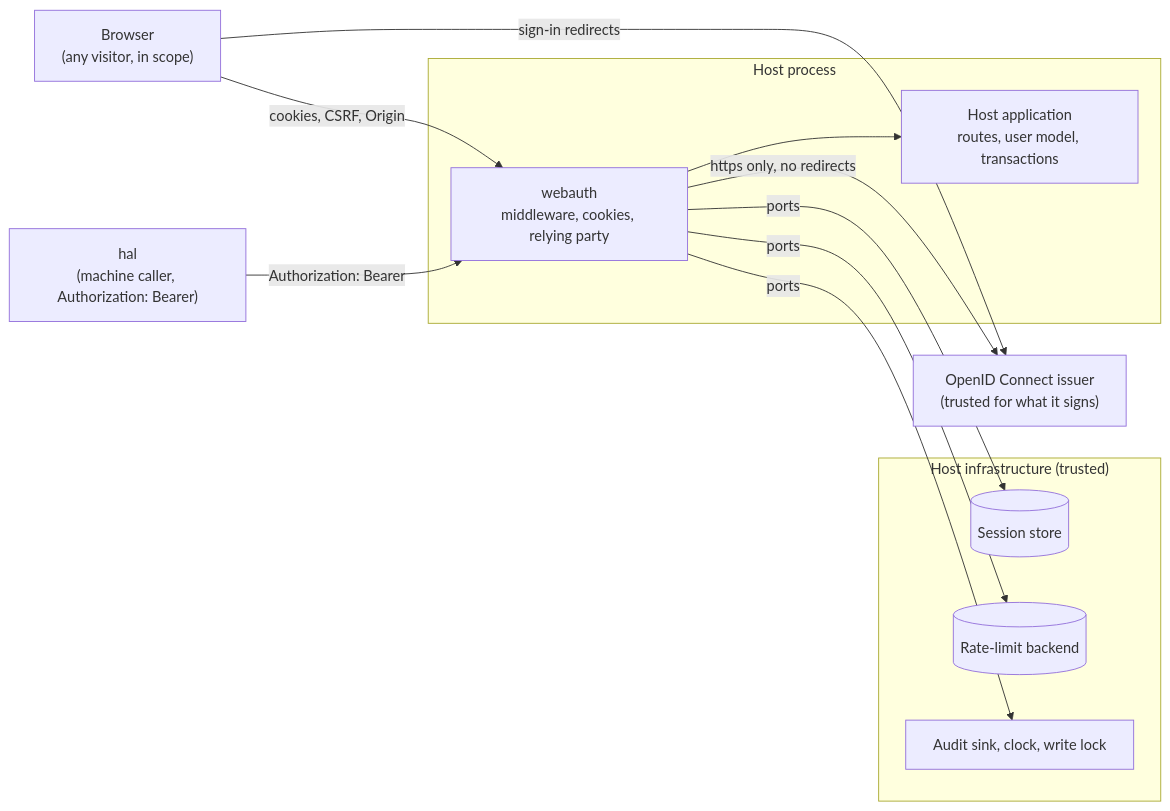
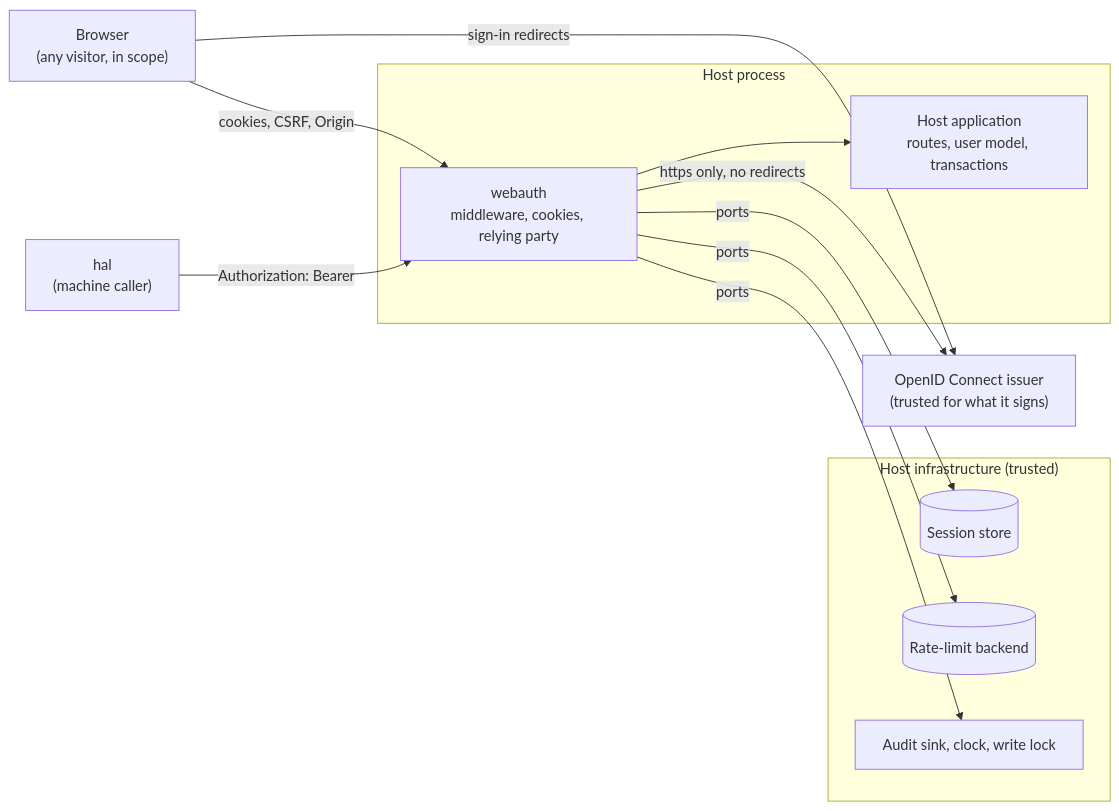
The first of 2 diagrams in docs/ARCHITECTURE.md (overnightworks/webauth), drawn with Mermaid before and after one commit. The commit also changed other lines of this file, not shown here.

First line of the commit message:
Show login ownership in a concise architecture overview

````diff
--- a/docs/ARCHITECTURE.md
+++ b/docs/ARCHITECTURE.md
@@ -9,23 +7,16 @@
 ```mermaid
 flowchart LR
-    browser["Browser<br/>(any visitor, in scope)"]
-    hal["hal<br/>(machine caller, Authorization: Bearer)"]
-    issuer["OpenID Connect issuer<br/>(trusted for what it signs)"]
     subgraph process["Host process"]
-        host["Host application<br/>routes, user model, transactions"]
-        lib["webauth<br/>middleware, cookies, relying party"]
+        lib["webauth<br/>middleware, cookies, relying party"] --> host["Host application<br/>routes, user model, transactions"]
     end
     subgraph stores["Host infrastructure (trusted)"]
         sessions[("Session store")]
         limits[("Rate-limit backend")]
         audit["Audit sink, clock, write lock"]
     end
-    browser -- "cookies, CSRF, Origin" --> lib
-    hal -- "Authorization: Bearer" --> lib
-    lib --> host
-    lib -- "https only, no redirects" --> issuer
+    browser["Browser<br/>(any visitor, in scope)"] -- "cookies, CSRF, Origin" --> lib
+    hal["hal<br/>(machine caller)"] -- "Authorization: Bearer" --> lib
+    lib -- "https only, no redirects" --> issuer["OpenID Connect issuer<br/>(trusted for what it signs)"]
     browser -- "sign-in redirects" --> issuer
-    lib -- "ports" --> sessions
-    lib -- "ports" --> limits
-    lib -- "ports" --> audit
+    lib -- "ports" --> sessions & limits & audit
 ```
````
